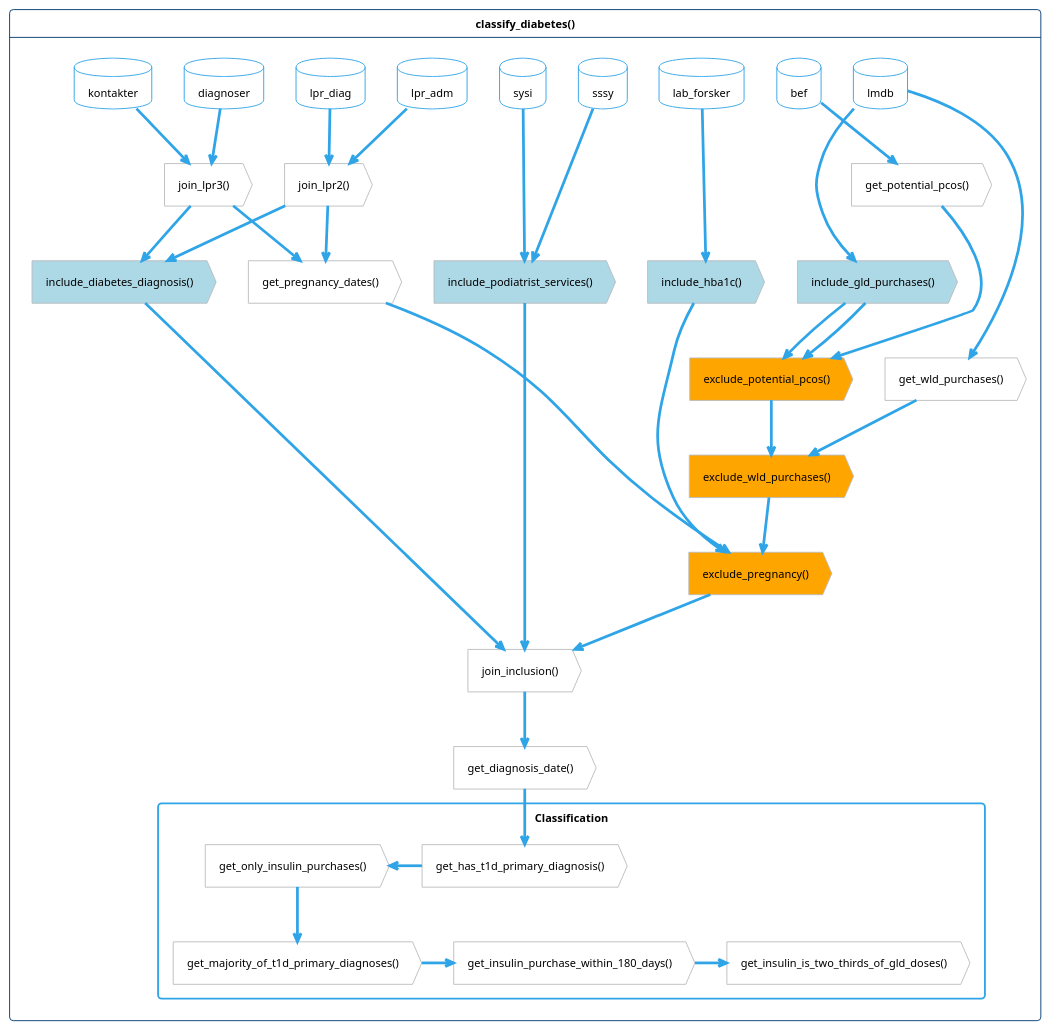
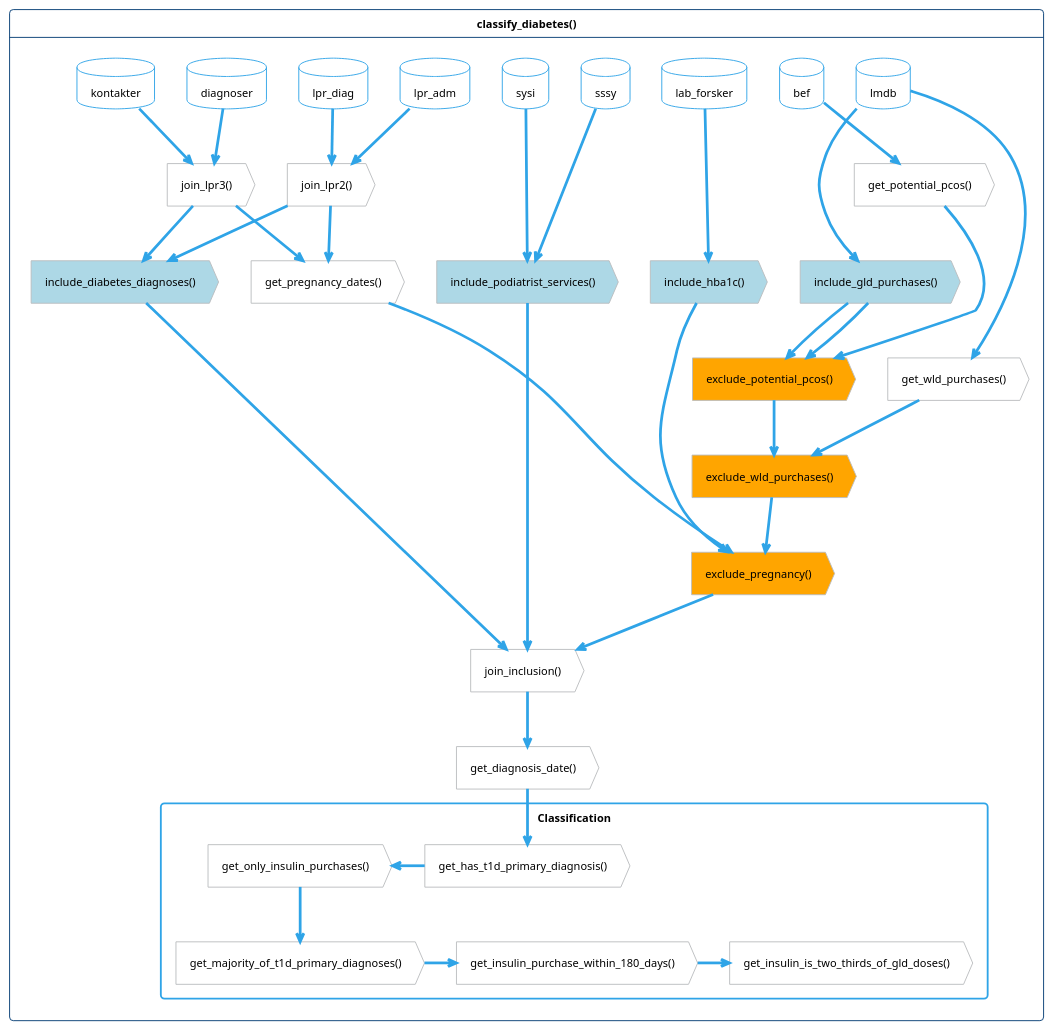
The diagram in vignettes/images/function-flow.puml (steno-aarhus/osdc), drawn with PlantUML before and after one commit. The commit also changed 1 other file, not shown here.

Commit message:
fix: diagnosis -> diagnoses in inclusion function

```diff
--- a/vignettes/images/function-flow.puml
+++ b/vignettes/images/function-flow.puml
@@ -1,111 +1,111 @@
 @startuml function-flow
 !theme cerulean-outline
 <style>
 action, card, database, rectangle {
     FontColor black
 }
 .inclusion {
     BackgroundColor lightblue
 }
 .exclusion {
     BackgroundColor orange
 }
 </style>
 
 hide <<inclusion>> stereotype
 hide <<exclusion>> stereotype
 
 card classify_diabetes() as cd {
 'Diabetes population extraction
     together {
         database sssy
         database sysi
         database lpr_diag
         database lpr_adm
         database lmdb
         database lab_forsker
         database kontakter
         database diagnoser
         database bef
     }
     together {
             action "join_lpr2()" as lpr2
             action "join_lpr3()" as lpr3
     }
 
     action "get_potential_pcos()" as pcos
     action "get_wld_purchases()" as wld
 
     together {
         action "exclude_pregnancy()" as ex_pregnancy <<exclusion>>
         action "exclude_wld_purchases()" as ex_wld <<exclusion>>
         action "exclude_potential_pcos()" as ex_pcos <<exclusion>>
     }
     together {
-        action "include_diabetes_diagnosis()" as in_diagnosis <<inclusion>>
+        action "include_diabetes_diagnoses()" as in_diagnoses <<inclusion>>
         action "include_hba1c()" as in_hba1c <<inclusion>>
         action "include_podiatrist_services()" as in_podiatrist <<inclusion>>
         action "include_gld_purchases()" as in_gld <<inclusion>>
         action "get_pregnancy_dates()" as pregnancy
     }
 
     action "join_inclusion()" as join_inclusion
     action "get_diagnosis_date()" as diagnosis_date
 
 'join lpr
     lpr_diag --> lpr2
     lpr_adm --> lpr2
     kontakter --> lpr3
     diagnoser --> lpr3
 
 'inclusion: podiatrist services
     sssy --> in_podiatrist
     sysi --> in_podiatrist
     in_podiatrist --> join_inclusion
 
 'inclusion: hba1c
     lab_forsker --> in_hba1c
     in_hba1c --> ex_pregnancy
     ex_pregnancy --> join_inclusion
 
 'inclusion: gld purchases
     lmdb --> in_gld
     in_gld --> ex_pcos
     ex_pcos --> ex_wld
     ex_wld --> ex_pregnancy
 
-'inclusion: diabetes diagnosis
-    lpr2 --> in_diagnosis
-    lpr3 --> in_diagnosis
-    in_diagnosis --> join_inclusion
+'inclusion: diabetes diagnoses
+    lpr2 --> in_diagnoses
+    lpr3 --> in_diagnoses
+    in_diagnoses --> join_inclusion
 
 'helper functions
     lpr2 --> pregnancy
     lpr3 --> pregnancy
     pregnancy --> ex_pregnancy
     lmdb --> wld
     wld --> ex_wld
     bef --> pcos
     in_gld --> ex_pcos
     pcos --> ex_pcos
     join_inclusion --> diagnosis_date
 
 'Diabetes type classification
 
     rectangle Classification {
         action "get_has_t1d_primary_diagnosis()" as t1d_diagnosis
         action "get_only_insulin_purchases()" as only_insulins
         action "get_majority_of_t1d_primary_diagnoses()" as t1d_diagnosis_majority
         action "get_insulin_purchase_within_180_days()" as insulin_within_180_days
         action "get_insulin_is_two_thirds_of_gld_doses()" as insulin_is_two_thirds
     }
 
     diagnosis_date --> t1d_diagnosis
     t1d_diagnosis -l-> only_insulins
     only_insulins -d-> t1d_diagnosis_majority
     t1d_diagnosis_majority -r-> insulin_within_180_days
     insulin_within_180_days -r-> insulin_is_two_thirds
     
 
 }
 @enduml
```
